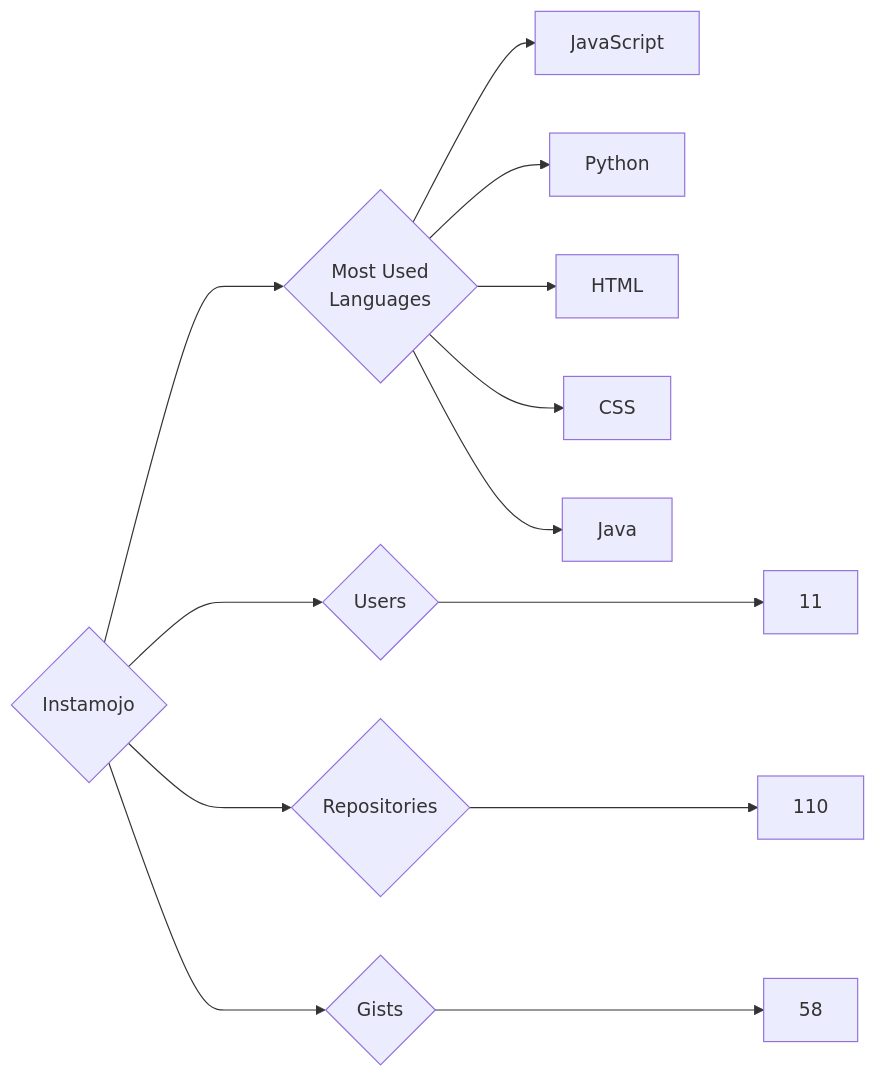
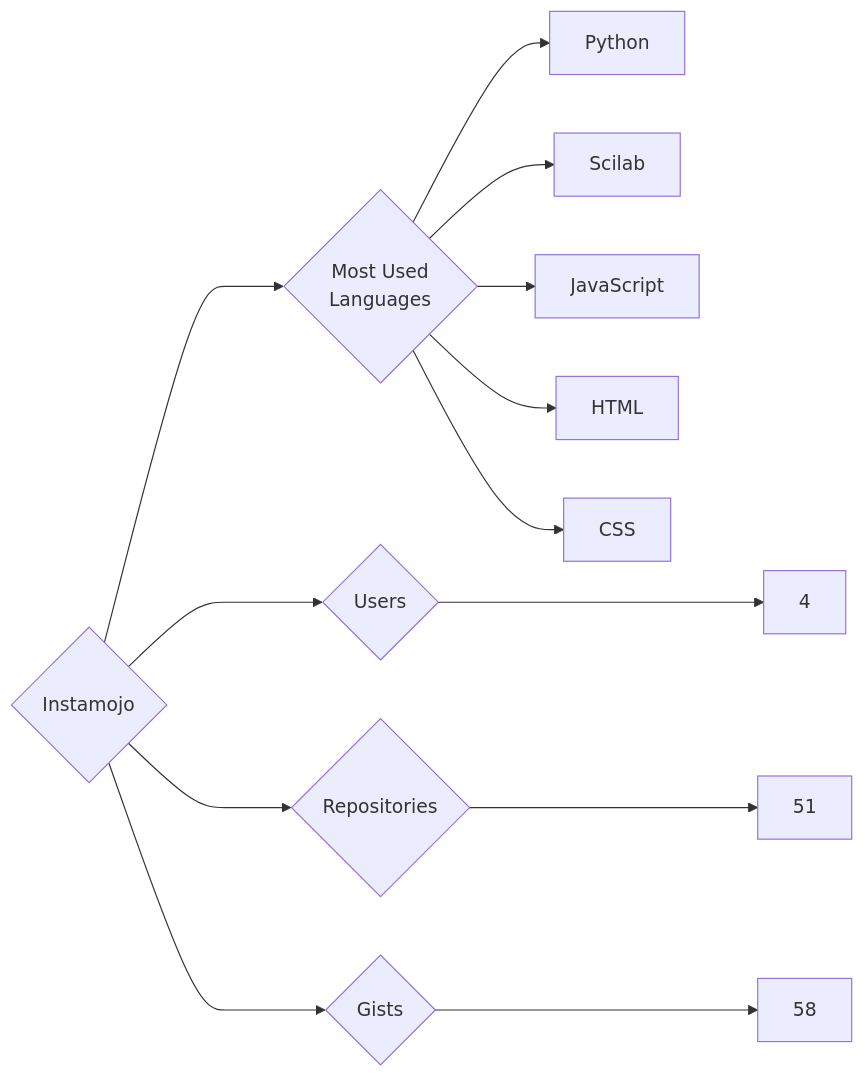
Before and after one commit to trickest/insiders: the diagram in targets/Instamojo/README.md, drawn with Mermaid. The commit also changed 676 other files, not shown here.

````diff
--- a/targets/Instamojo/README.md
+++ b/targets/Instamojo/README.md
@@ -3,13 +3,13 @@
 ```mermaid
 graph LR
 COMPANY_NAME{Instamojo}
-COMPANY_NAME ---> U{Users} ---> UN[11]
-COMPANY_NAME ---> R{Repositories} ---> RN[110]
+COMPANY_NAME ---> U{Users} ---> UN[4]
+COMPANY_NAME ---> R{Repositories} ---> RN[51]
 COMPANY_NAME ---> G{Gists} ---> GN[58]
 COMPANY_NAME ---> ML{Most Used<br>Languages}
+ML --> Python[Python]
+ML --> Scilab[Scilab]
 ML --> JavaScript[JavaScript]
-ML --> Python[Python]
 ML --> HTML[HTML]
 ML --> CSS[CSS]
-ML --> Java[Java]
 ```
````
